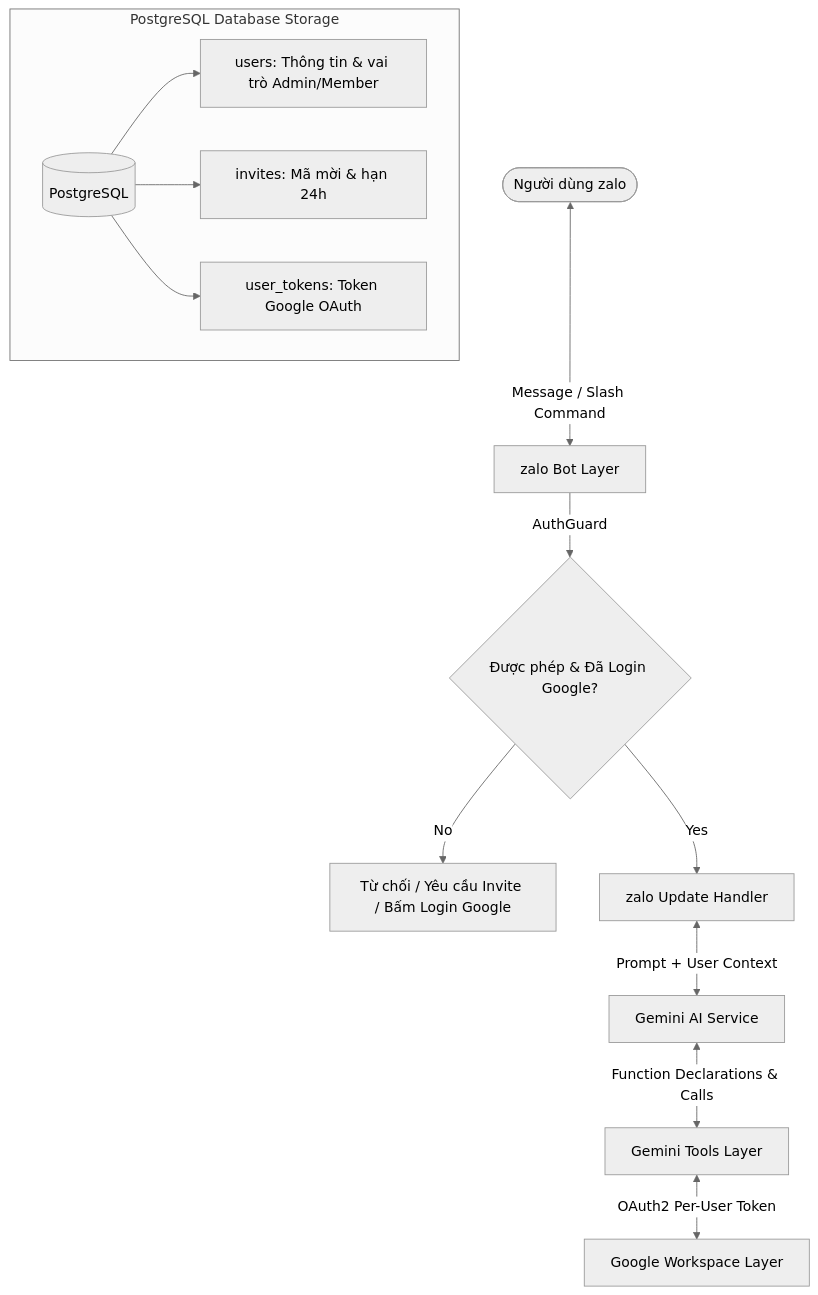
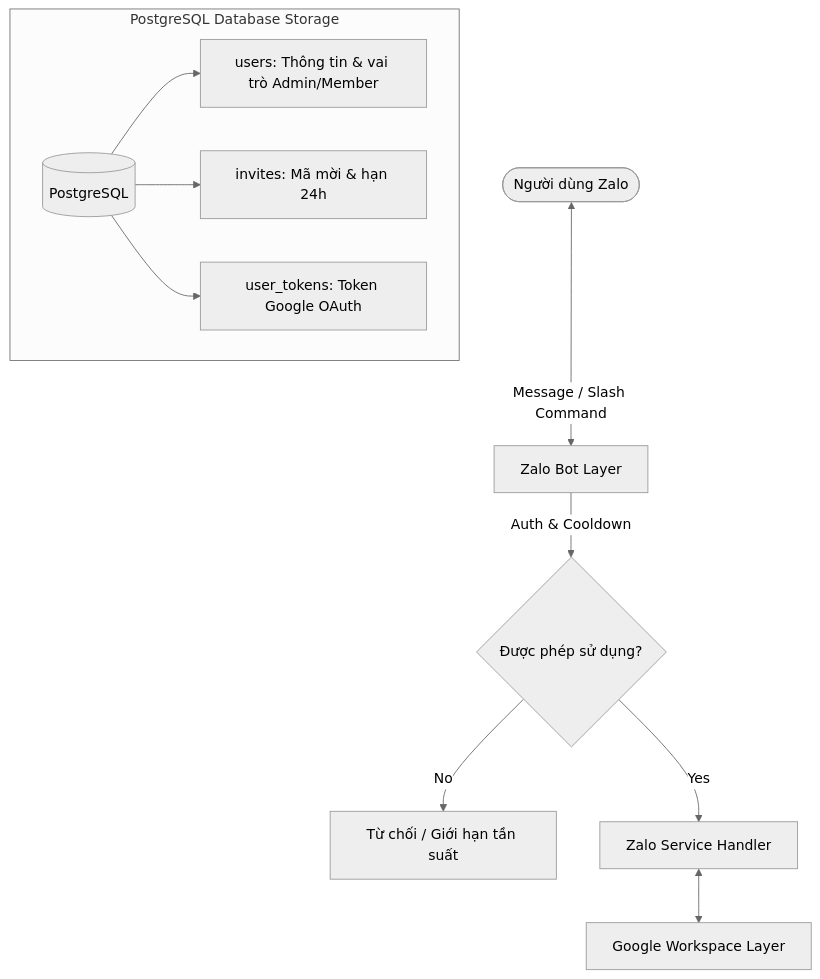
One commit to dat-dv/zalo-bot changed the diagram in docs/architecture.md. Above: the diagram before and after it, drawn with Mermaid (neutral theme). The commit also changed other lines of this file and 17 other files, not shown here.

````diff
--- a/docs/architecture.md
+++ b/docs/architecture.md
@@ -16,18 +15,16 @@
 ```mermaid
 graph TD
-    User([Người dùng zalo]) <-->|Message / Slash Command| TG[zalo Bot Layer]
-    TG -->|AuthGuard| Guard{Được phép & Đã Login Google?}
-    Guard -- No --> Reject[Từ chối / Yêu cầu Invite / Bấm Login Google]
-    Guard -- Yes --> Handler[zalo Update Handler]
+    User([Người dùng Zalo]) <-->|Message / Slash Command| ZL[Zalo Bot Layer]
+    ZL -->|Auth & Cooldown| Guard{Được phép sử dụng?}
+    Guard -- No --> Reject[Từ chối / Giới hạn tần suất]
+    Guard -- Yes --> Handler[Zalo Service Handler]
 
-    Handler <-->|Prompt + User Context| Gemini[Gemini AI Service]
-    Gemini <-->|Function Declarations & Calls| Tools[Gemini Tools Layer]
-    Tools <-->|OAuth2 Per-User Token| Google[Google Workspace Layer]
+    Handler <--> Google[Google Workspace Layer]
 
     subgraph PostgreSQL Database Storage
         DB[(PostgreSQL)]
         DB --> UsersTable[users: Thông tin & vai trò Admin/Member]
         DB --> InvitesTable[invites: Mã mời & hạn 24h]
         DB --> TokensTable[user_tokens: Token Google OAuth]
     end
 ```
````
